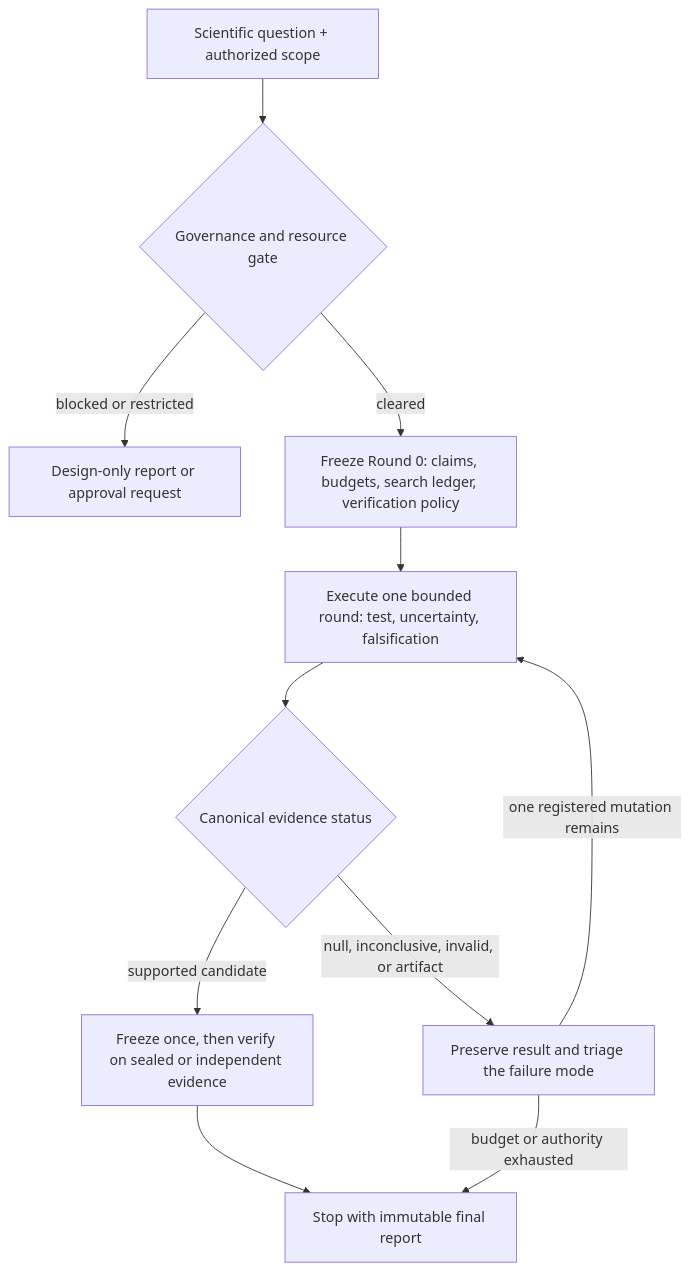
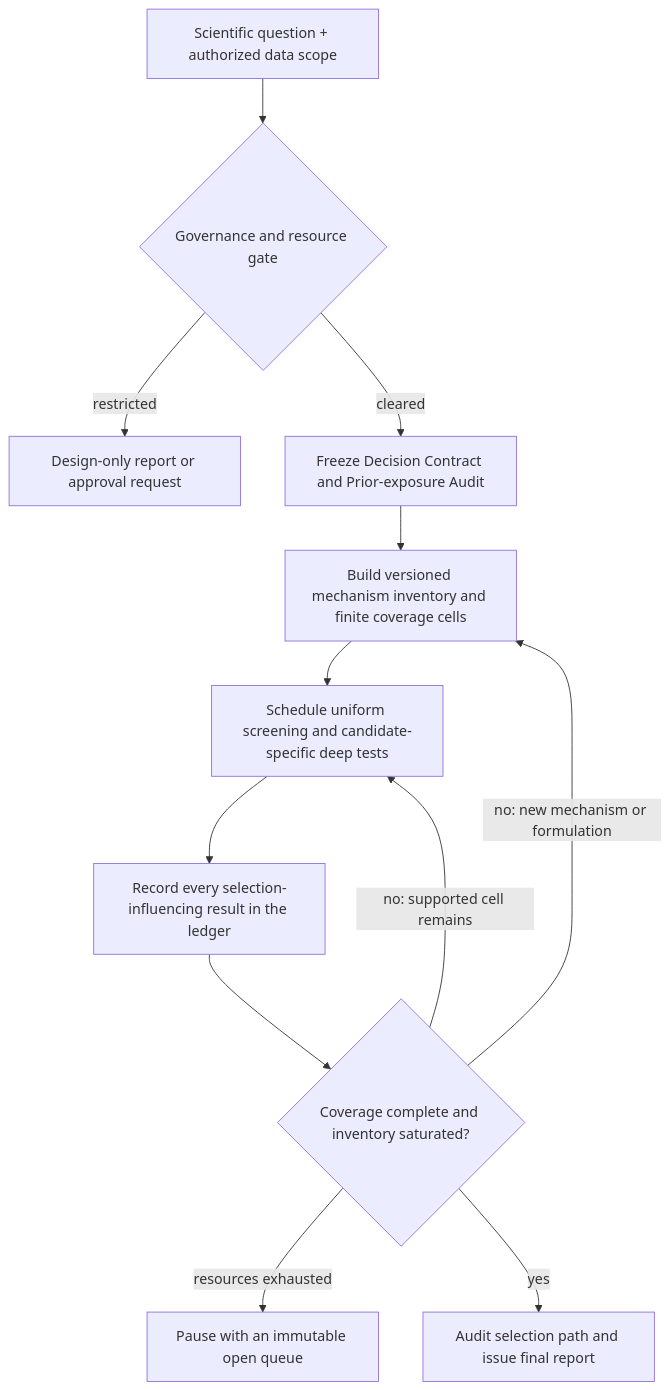
One commit to JialeWW/scientific-autoresearch changed the diagram in README.md. Above: the diagram before and after it, drawn with Mermaid. The commit also changed other lines of this file and 22 other files, not shown here.

````diff
--- a/README.md
+++ b/README.md
@@ -3,13 +3,14 @@
 ```mermaid
 flowchart TD
-    Q["Scientific question + authorized scope"] --> G{"Governance and resource gate"}
-    G -- "blocked or restricted" --> B["Design-only report or approval request"]
-    G -- "cleared" --> R0["Freeze Round 0: claims, budgets, search ledger, verification policy"]
-    R0 --> R["Execute one bounded round: test, uncertainty, falsification"]
-    R --> S{"Canonical evidence status"}
-    S -- "supported candidate" --> V["Freeze once, then verify on sealed or independent evidence"]
-    S -- "null, inconclusive, invalid, or artifact" --> T["Preserve result and triage the failure mode"]
-    T -- "one registered mutation remains" --> R
-    T -- "budget or authority exhausted" --> F["Stop with immutable final report"]
-    V --> F
+    Q["Scientific question + authorized data scope"] --> G{"Governance and resource gate"}
+    G -- "restricted" --> B["Design-only report or approval request"]
+    G -- "cleared" --> D["Freeze Decision Contract and Prior-exposure Audit"]
+    D --> I["Build versioned mechanism inventory and finite coverage cells"]
+    I --> X["Schedule uniform screening and candidate-specific deep tests"]
+    X --> E["Record every selection-influencing result in the ledger"]
+    E --> C{"Coverage complete and inventory saturated?"}
+    C -- "no: supported cell remains" --> X
+    C -- "no: new mechanism or formulation" --> I
+    C -- "resources exhausted" --> P["Pause with an immutable open queue"]
+    C -- "yes" --> F["Audit selection path and issue final report"]
 ```
````
